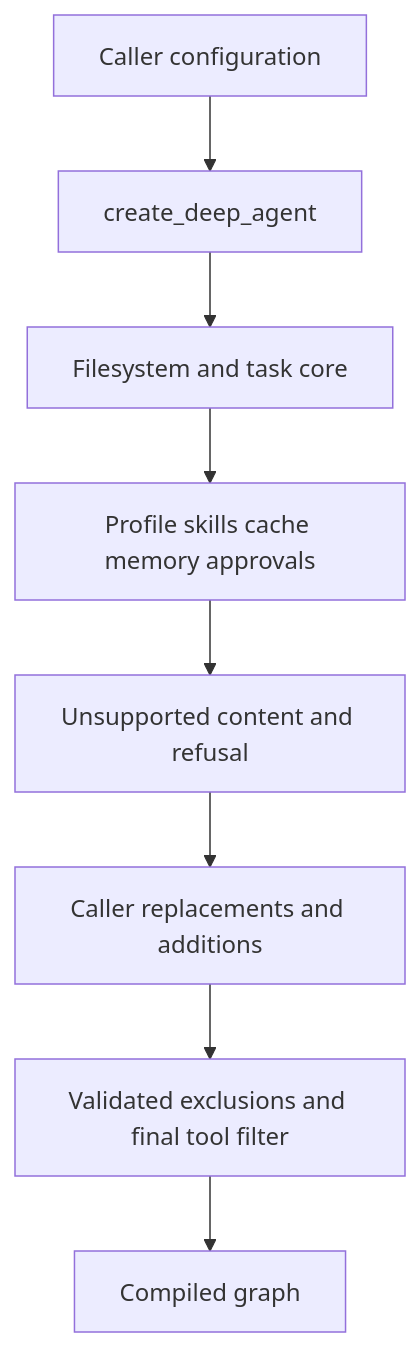
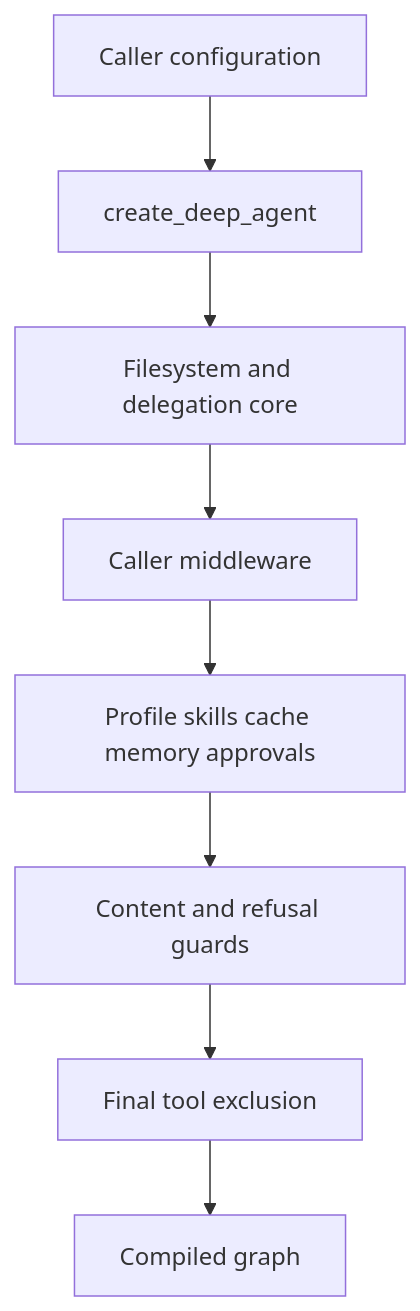
One commit to langchain-ai/deepagents changed the first of 3 diagrams in openwiki/architecture/source-map.md. Above: the diagram before and after it, drawn with Mermaid. The commit also changed other lines of this file and 43 other files, not shown here.

````diff
--- a/openwiki/architecture/source-map.md
+++ b/openwiki/architecture/source-map.md
@@ -89,10 +104,10 @@
 ```mermaid
 flowchart TD
   Input["Caller configuration"] --> Build["create_deep_agent"]
-  Build --> Core["Filesystem and task core"]
-  Core --> Tail["Profile skills cache memory approvals"]
-  Tail --> Guard["Unsupported content and refusal"]
-  Guard --> Custom["Caller replacements and additions"]
-  Custom --> Exclude["Validated exclusions and final tool filter"]
-  Exclude --> Graph["Compiled graph"]
+  Build --> Core["Filesystem and delegation core"]
+  Core --> Custom["Caller middleware"]
+  Custom --> Tail["Profile skills cache memory approvals"]
+  Tail --> Guards["Content and refusal guards"]
+  Guards --> Filter["Final tool exclusion"]
+  Filter --> Graph["Compiled graph"]
 ```
````
